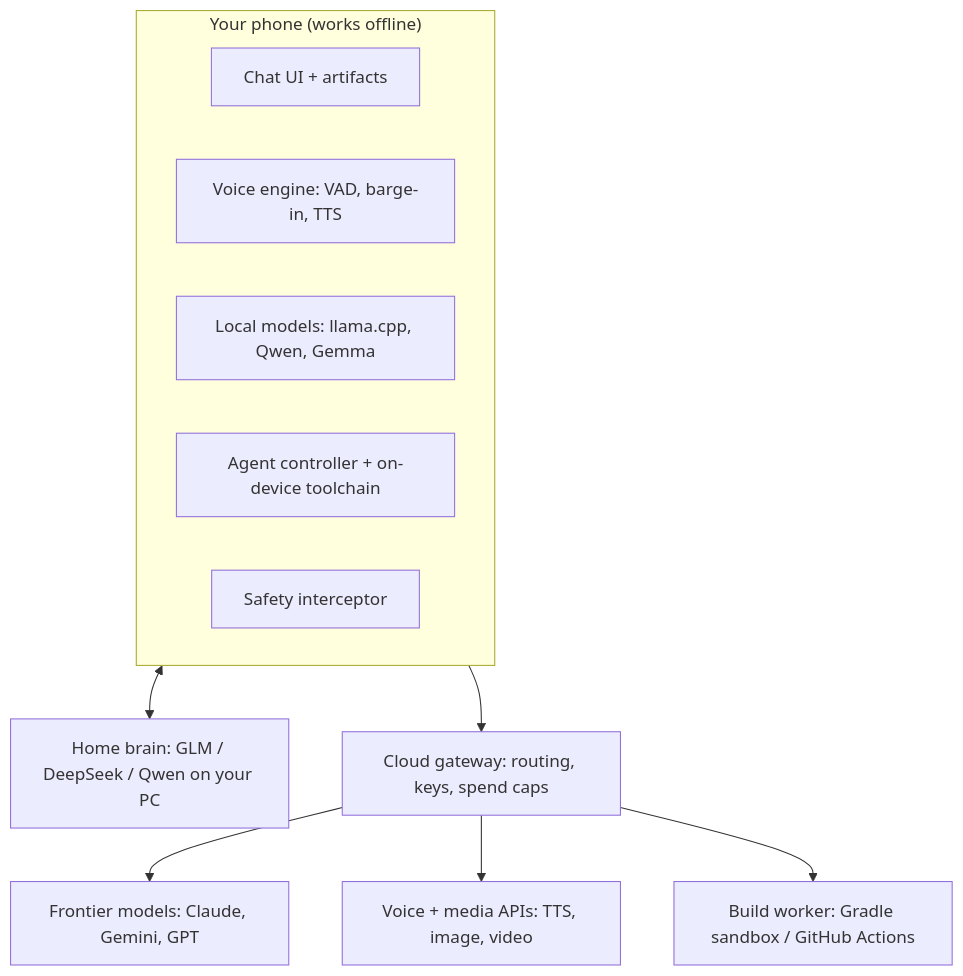
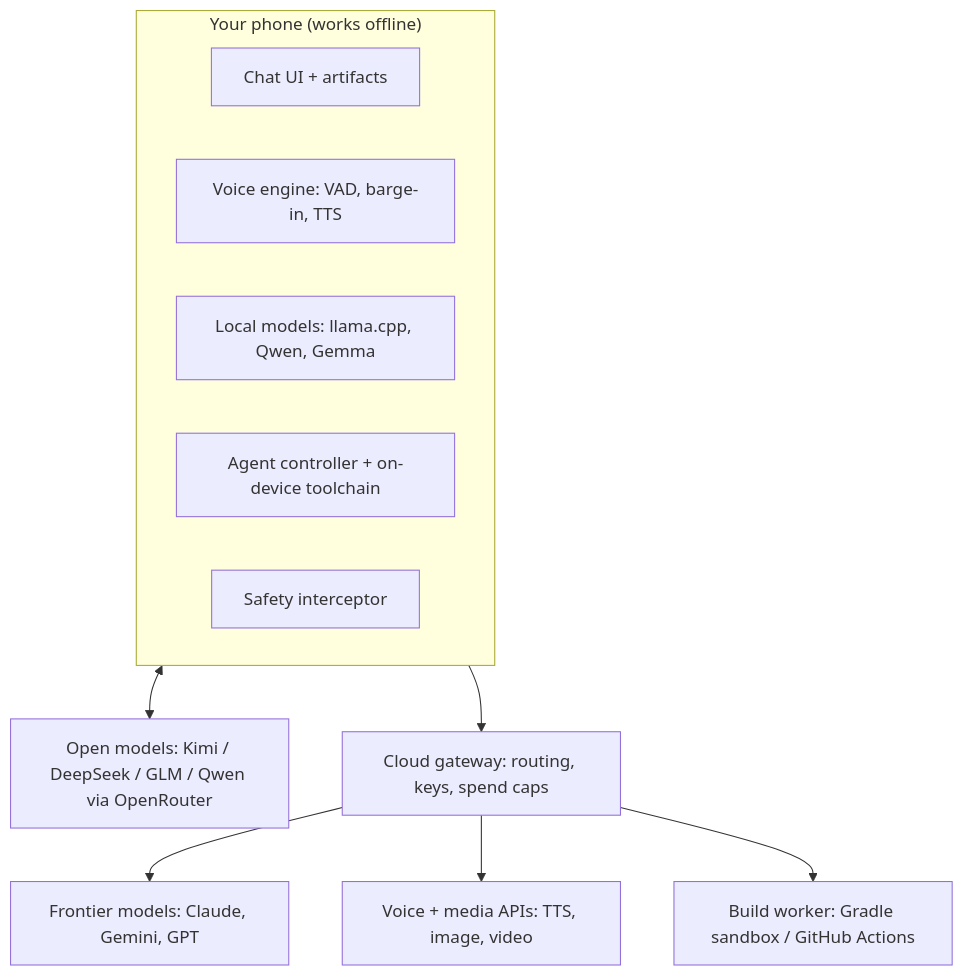
One commit to sanjoyingti/ai-app. changed the diagram in docs/BLUEPRINT.md. Above: the diagram before and after it, drawn with Mermaid. The commit also changed other lines of this file, not shown here.

First line of the commit message:
Blueprint: no PC needed; open models via cloud

````diff
--- a/docs/BLUEPRINT.md
+++ b/docs/BLUEPRINT.md
@@ -37,20 +37,20 @@
 ```mermaid
 flowchart TB
   subgraph Phone["Your phone (works offline)"]
     UI["Chat UI + artifacts"]
     Voice["Voice engine: VAD, barge-in, TTS"]
     Local["Local models: llama.cpp, Qwen, Gemma"]
     Agent["Agent controller + on-device toolchain"]
     Safety["Safety interceptor"]
   end
-  Home["Home brain: GLM / DeepSeek / Qwen on your PC"]
+  Home["Open models: Kimi / DeepSeek / GLM / Qwen via OpenRouter"]
   GW["Cloud gateway: routing, keys, spend caps"]
   LLM["Frontier models: Claude, Gemini, GPT"]
   Media["Voice + media APIs: TTS, image, video"]
   Build["Build worker: Gradle sandbox / GitHub Actions"]
   Phone <--> Home
   Phone --> GW
   GW --> LLM
   GW --> Media
   GW --> Build
 ```
````
